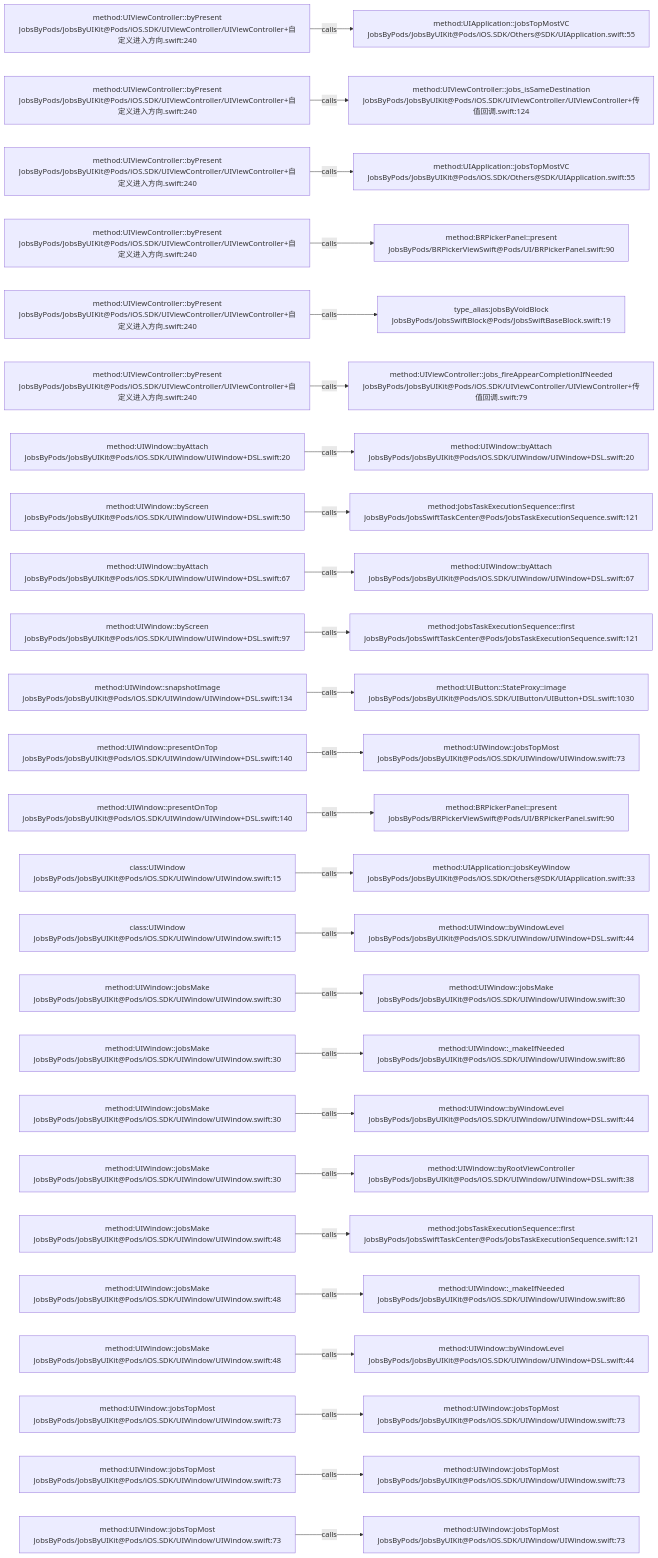
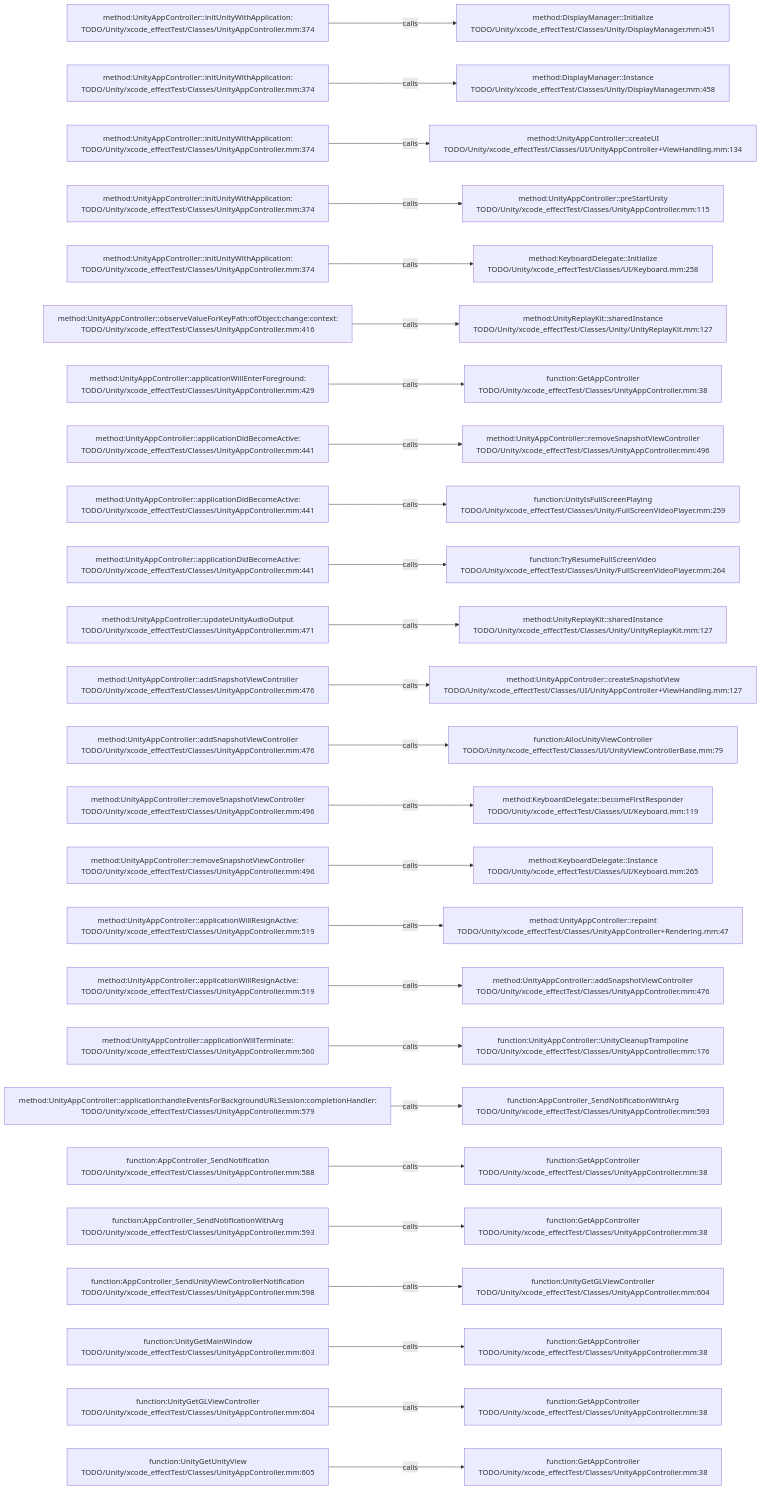
The diagram in .codegraph/codegraph.md/graphs/calls-116.md (JobsKits/JobsSwiftBaseConfigDemo), drawn with Mermaid before and after one commit. The commit also changed 569 other files, not shown here.

````diff
--- a/.codegraph/codegraph.md/graphs/calls-116.md
+++ b/.codegraph/codegraph.md/graphs/calls-116.md
@@ -13,78 +13,78 @@
 ```mermaid
 flowchart LR
-  S1["method:UIViewController::byPresent<br/>JobsByPods/JobsByUIKit@Pods/iOS.SDK/UIViewController/UIViewController+自定义进入方向.swift:240"]
-  T1["method:UIApplication::jobsTopMostVC<br/>JobsByPods/JobsByUIKit@Pods/iOS.SDK/Others@SDK/UIApplication.swift:55"]
+  S1["method:UnityAppController::initUnityWithApplication:<br/>TODO/Unity/xcode_effectTest/Classes/UnityAppController.mm:374"]
+  T1["method:DisplayManager::Initialize<br/>TODO/Unity/xcode_effectTest/Classes/Unity/DisplayManager.mm:451"]
   S1 -->|calls| T1
-  S2["method:UIViewController::byPresent<br/>JobsByPods/JobsByUIKit@Pods/iOS.SDK/UIViewController/UIViewController+自定义进入方向.swift:240"]
-  T2["method:UIViewController::jobs_isSameDestination<br/>JobsByPods/JobsByUIKit@Pods/iOS.SDK/UIViewController/UIViewController+传值回调.swift:124"]
+  S2["method:UnityAppController::initUnityWithApplication:<br/>TODO/Unity/xcode_effectTest/Classes/UnityAppController.mm:374"]
+  T2["method:DisplayManager::Instance<br/>TODO/Unity/xcode_effectTest/Classes/Unity/DisplayManager.mm:458"]
   S2 -->|calls| T2
-  S3["method:UIViewController::byPresent<br/>JobsByPods/JobsByUIKit@Pods/iOS.SDK/UIViewController/UIViewController+自定义进入方向.swift:240"]
-  T3["method:UIApplication::jobsTopMostVC<br/>JobsByPods/JobsByUIKit@Pods/iOS.SDK/Others@SDK/UIApplication.swift:55"]
+  S3["method:UnityAppController::initUnityWithApplication:<br/>TODO/Unity/xcode_effectTest/Classes/UnityAppController.mm:374"]
+  T3["method:UnityAppController::createUI<br/>TODO/Unity/xcode_effectTest/Classes/UI/UnityAppController+ViewHandling.mm:134"]
   S3 -->|calls| T3
-  S4["method:UIViewController::byPresent<br/>JobsByPods/JobsByUIKit@Pods/iOS.SDK/UIViewController/UIViewController+自定义进入方向.swift:240"]
-  T4["method:BRPickerPanel::present<br/>JobsByPods/BRPickerViewSwift@Pods/UI/BRPickerPanel.swift:90"]
+  S4["method:UnityAppController::initUnityWithApplication:<br/>TODO/Unity/xcode_effectTest/Classes/UnityAppController.mm:374"]
+  T4["method:UnityAppController::preStartUnity<br/>TODO/Unity/xcode_effectTest/Classes/UnityAppController.mm:115"]
   S4 -->|calls| T4
-  S5["method:UIViewController::byPresent<br/>JobsByPods/JobsByUIKit@Pods/iOS.SDK/UIViewController/UIViewController+自定义进入方向.swift:240"]
-  T5["type_alias:jobsByVoidBlock<br/>JobsByPods/JobsSwiftBlock@Pods/JobsSwiftBaseBlock.swift:19"]
+  S5["method:UnityAppController::initUnityWithApplication:<br/>TODO/Unity/xcode_effectTest/Classes/UnityAppController.mm:374"]
+  T5["method:KeyboardDelegate::Initialize<br/>TODO/Unity/xcode_effectTest/Classes/UI/Keyboard.mm:258"]
   S5 -->|calls| T5
-  S6["method:UIViewController::byPresent<br/>JobsByPods/JobsByUIKit@Pods/iOS.SDK/UIViewController/UIViewController+自定义进入方向.swift:240"]
-  T6["method:UIViewController::jobs_fireAppearCompletionIfNeeded<br/>JobsByPods/JobsByUIKit@Pods/iOS.SDK/UIViewController/UIViewController+传值回调.swift:79"]
+  S6["method:UnityAppController::observeValueForKeyPath:ofObject:change:context:<br/>TODO/Unity/xcode_effectTest/Classes/UnityAppController.mm:416"]
+  T6["method:UnityReplayKit::sharedInstance<br/>TODO/Unity/xcode_effectTest/Classes/Unity/UnityReplayKit.mm:127"]
   S6 -->|calls| T6
-  S7["method:UIWindow::byAttach<br/>JobsByPods/JobsByUIKit@Pods/iOS.SDK/UIWindow/UIWindow+DSL.swift:20"]
-  T7["method:UIWindow::byAttach<br/>JobsByPods/JobsByUIKit@Pods/iOS.SDK/UIWindow/UIWindow+DSL.swift:20"]
+  S7["method:UnityAppController::applicationWillEnterForeground:<br/>TODO/Unity/xcode_effectTest/Classes/UnityAppController.mm:429"]
+  T7["function:GetAppController<br/>TODO/Unity/xcode_effectTest/Classes/UnityAppController.mm:38"]
   S7 -->|calls| T7
-  S8["method:UIWindow::byScreen<br/>JobsByPods/JobsByUIKit@Pods/iOS.SDK/UIWindow/UIWindow+DSL.swift:50"]
-  T8["method:JobsTaskExecutionSequence::first<br/>JobsByPods/JobsSwiftTaskCenter@Pods/JobsTaskExecutionSequence.swift:121"]
+  S8["method:UnityAppController::applicationDidBecomeActive:<br/>TODO/Unity/xcode_effectTest/Classes/UnityAppController.mm:441"]
+  T8["method:UnityAppController::removeSnapshotViewController<br/>TODO/Unity/xcode_effectTest/Classes/UnityAppController.mm:496"]
   S8 -->|calls| T8
-  S9["method:UIWindow::byAttach<br/>JobsByPods/JobsByUIKit@Pods/iOS.SDK/UIWindow/UIWindow+DSL.swift:67"]
-  T9["method:UIWindow::byAttach<br/>JobsByPods/JobsByUIKit@Pods/iOS.SDK/UIWindow/UIWindow+DSL.swift:67"]
+  S9["method:UnityAppController::applicationDidBecomeActive:<br/>TODO/Unity/xcode_effectTest/Classes/UnityAppController.mm:441"]
+  T9["function:UnityIsFullScreenPlaying<br/>TODO/Unity/xcode_effectTest/Classes/Unity/FullScreenVideoPlayer.mm:259"]
   S9 -->|calls| T9
-  S10["method:UIWindow::byScreen<br/>JobsByPods/JobsByUIKit@Pods/iOS.SDK/UIWindow/UIWindow+DSL.swift:97"]
-  T10["method:JobsTaskExecutionSequence::first<br/>JobsByPods/JobsSwiftTaskCenter@Pods/JobsTaskExecutionSequence.swift:121"]
+  S10["method:UnityAppController::applicationDidBecomeActive:<br/>TODO/Unity/xcode_effectTest/Classes/UnityAppController.mm:441"]
+  T10["function:TryResumeFullScreenVideo<br/>TODO/Unity/xcode_effectTest/Classes/Unity/FullScreenVideoPlayer.mm:264"]
   S10 -->|calls| T10
-  S11["method:UIWindow::snapshotImage<br/>JobsByPods/JobsByUIKit@Pods/iOS.SDK/UIWindow/UIWindow+DSL.swift:134"]
-  T11["method:UIButton::StateProxy::image<br/>JobsByPods/JobsByUIKit@Pods/iOS.SDK/UIButton/UIButton+DSL.swift:1030"]
+  S11["method:UnityAppController::updateUnityAudioOutput<br/>TODO/Unity/xcode_effectTest/Classes/UnityAppController.mm:471"]
+  T11["method:UnityReplayKit::sharedInstance<br/>TODO/Unity/xcode_effectTest/Classes/Unity/UnityReplayKit.mm:127"]
   S11 -->|calls| T11
-  S12["method:UIWindow::presentOnTop<br/>JobsByPods/JobsByUIKit@Pods/iOS.SDK/UIWindow/UIWindow+DSL.swift:140"]
-  T12["method:UIWindow::jobsTopMost<br/>JobsByPods/JobsByUIKit@Pods/iOS.SDK/UIWindow/UIWindow.swift:73"]
+  S12["method:UnityAppController::addSnapshotViewController<br/>TODO/Unity/xcode_effectTest/Classes/UnityAppController.mm:476"]
+  T12["method:UnityAppController::createSnapshotView<br/>TODO/Unity/xcode_effectTest/Classes/UI/UnityAppController+ViewHandling.mm:127"]
   S12 -->|calls| T12
-  S13["method:UIWindow::presentOnTop<br/>JobsByPods/JobsByUIKit@Pods/iOS.SDK/UIWindow/UIWindow+DSL.swift:140"]
-  T13["method:BRPickerPanel::present<br/>JobsByPods/BRPickerViewSwift@Pods/UI/BRPickerPanel.swift:90"]
+  S13["method:UnityAppController::addSnapshotViewController<br/>TODO/Unity/xcode_effectTest/Classes/UnityAppController.mm:476"]
+  T13["function:AllocUnityViewController<br/>TODO/Unity/xcode_effectTest/Classes/UI/UnityViewControllerBase.mm:79"]
   S13 -->|calls| T13
-  S14["class:UIWindow<br/>JobsByPods/JobsByUIKit@Pods/iOS.SDK/UIWindow/UIWindow.swift:15"]
-  T14["method:UIApplication::jobsKeyWindow<br/>JobsByPods/JobsByUIKit@Pods/iOS.SDK/Others@SDK/UIApplication.swift:33"]
+  S14["method:UnityAppController::removeSnapshotViewController<br/>TODO/Unity/xcode_effectTest/Classes/UnityAppController.mm:496"]
+  T14["method:KeyboardDelegate::becomeFirstResponder<br/>TODO/Unity/xcode_effectTest/Classes/UI/Keyboard.mm:119"]
   S14 -->|calls| T14
-  S15["class:UIWindow<br/>JobsByPods/JobsByUIKit@Pods/iOS.SDK/UIWindow/UIWindow.swift:15"]
-  T15["method:UIWindow::byWindowLevel<br/>JobsByPods/JobsByUIKit@Pods/iOS.SDK/UIWindow/UIWindow+DSL.swift:44"]
+  S15["method:UnityAppController::removeSnapshotViewController<br/>TODO/Unity/xcode_effectTest/Classes/UnityAppController.mm:496"]
+  T15["method:KeyboardDelegate::Instance<br/>TODO/Unity/xcode_effectTest/Classes/UI/Keyboard.mm:265"]
   S15 -->|calls| T15
-  S16["method:UIWindow::jobsMake<br/>JobsByPods/JobsByUIKit@Pods/iOS.SDK/UIWindow/UIWindow.swift:30"]
-  T16["method:UIWindow::jobsMake<br/>JobsByPods/JobsByUIKit@Pods/iOS.SDK/UIWindow/UIWindow.swift:30"]
+  S16["method:UnityAppController::applicationWillResignActive:<br/>TODO/Unity/xcode_effectTest/Classes/UnityAppController.mm:519"]
+  T16["method:UnityAppController::repaint<br/>TODO/Unity/xcode_effectTest/Classes/UnityAppController+Rendering.mm:47"]
   S16 -->|calls| T16
-  S17["method:UIWindow::jobsMake<br/>JobsByPods/JobsByUIKit@Pods/iOS.SDK/UIWindow/UIWindow.swift:30"]
-  T17["method:UIWindow::_makeIfNeeded<br/>JobsByPods/JobsByUIKit@Pods/iOS.SDK/UIWindow/UIWindow.swift:86"]
+  S17["method:UnityAppController::applicationWillResignActive:<br/>TODO/Unity/xcode_effectTest/Classes/UnityAppController.mm:519"]
+  T17["method:UnityAppController::addSnapshotViewController<br/>TODO/Unity/xcode_effectTest/Classes/UnityAppController.mm:476"]
   S17 -->|calls| T17
-  S18["method:UIWindow::jobsMake<br/>JobsByPods/JobsByUIKit@Pods/iOS.SDK/UIWindow/UIWindow.swift:30"]
-  T18["method:UIWindow::byWindowLevel<br/>JobsByPods/JobsByUIKit@Pods/iOS.SDK/UIWindow/UIWindow+DSL.swift:44"]
+  S18["method:UnityAppController::applicationWillTerminate:<br/>TODO/Unity/xcode_effectTest/Classes/UnityAppController.mm:560"]
+  T18["function:UnityAppController::UnityCleanupTrampoline<br/>TODO/Unity/xcode_effectTest/Classes/UnityAppController.mm:176"]
   S18 -->|calls| T18
-  S19["method:UIWindow::jobsMake<br/>JobsByPods/JobsByUIKit@Pods/iOS.SDK/UIWindow/UIWindow.swift:30"]
-  T19["method:UIWindow::byRootViewController<br/>JobsByPods/JobsByUIKit@Pods/iOS.SDK/UIWindow/UIWindow+DSL.swift:38"]
+  S19["method:UnityAppController::application:handleEventsForBackgroundURLSession:completionHandler:<br/>TODO/Unity/xcode_effectTest/Classes/UnityAppController.mm:579"]
+  T19["function:AppController_SendNotificationWithArg<br/>TODO/Unity/xcode_effectTest/Classes/UnityAppController.mm:593"]
   S19 -->|calls| T19
-  S20["method:UIWindow::jobsMake<br/>JobsByPods/JobsByUIKit@Pods/iOS.SDK/UIWindow/UIWindow.swift:48"]
-  T20["method:JobsTaskExecutionSequence::first<br/>JobsByPods/JobsSwiftTaskCenter@Pods/JobsTaskExecutionSequence.swift:121"]
+  S20["function:AppController_SendNotification<br/>TODO/Unity/xcode_effectTest/Classes/UnityAppController.mm:588"]
+  T20["function:GetAppController<br/>TODO/Unity/xcode_effectTest/Classes/UnityAppController.mm:38"]
   S20 -->|calls| T20
-  S21["method:UIWindow::jobsMake<br/>JobsByPods/JobsByUIKit@Pods/iOS.SDK/UIWindow/UIWindow.swift:48"]
-  T21["method:UIWindow::_makeIfNeeded<br/>JobsByPods/JobsByUIKit@Pods/iOS.SDK/UIWindow/UIWindow.swift:86"]
+  S21["function:AppController_SendNotificationWithArg<br/>TODO/Unity/xcode_effectTest/Classes/UnityAppController.mm:593"]
+  T21["function:GetAppController<br/>TODO/Unity/xcode_effectTest/Classes/UnityAppController.mm:38"]
   S21 -->|calls| T21
-  S22["method:UIWindow::jobsMake<br/>JobsByPods/JobsByUIKit@Pods/iOS.SDK/UIWindow/UIWindow.swift:48"]
-  T22["method:UIWindow::byWindowLevel<br/>JobsByPods/JobsByUIKit@Pods/iOS.SDK/UIWindow/UIWindow+DSL.swift:44"]
+  S22["function:AppController_SendUnityViewControllerNotification<br/>TODO/Unity/xcode_effectTest/Classes/UnityAppController.mm:598"]
+  T22["function:UnityGetGLViewController<br/>TODO/Unity/xcode_effectTest/Classes/UnityAppController.mm:604"]
   S22 -->|calls| T22
-  S23["method:UIWindow::jobsTopMost<br/>JobsByPods/JobsByUIKit@Pods/iOS.SDK/UIWindow/UIWindow.swift:73"]
-  T23["method:UIWindow::jobsTopMost<br/>JobsByPods/JobsByUIKit@Pods/iOS.SDK/UIWindow/UIWindow.swift:73"]
+  S23["function:UnityGetMainWindow<br/>TODO/Unity/xcode_effectTest/Classes/UnityAppController.mm:603"]
+  T23["function:GetAppController<br/>TODO/Unity/xcode_effectTest/Classes/UnityAppController.mm:38"]
   S23 -->|calls| T23
-  S24["method:UIWindow::jobsTopMost<br/>JobsByPods/JobsByUIKit@Pods/iOS.SDK/UIWindow/UIWindow.swift:73"]
-  T24["method:UIWindow::jobsTopMost<br/>JobsByPods/JobsByUIKit@Pods/iOS.SDK/UIWindow/UIWindow.swift:73"]
+  S24["function:UnityGetGLViewController<br/>TODO/Unity/xcode_effectTest/Classes/UnityAppController.mm:604"]
+  T24["function:GetAppController<br/>TODO/Unity/xcode_effectTest/Classes/UnityAppController.mm:38"]
   S24 -->|calls| T24
-  S25["method:UIWindow::jobsTopMost<br/>JobsByPods/JobsByUIKit@Pods/iOS.SDK/UIWindow/UIWindow.swift:73"]
-  T25["method:UIWindow::jobsTopMost<br/>JobsByPods/JobsByUIKit@Pods/iOS.SDK/UIWindow/UIWindow.swift:73"]
+  S25["function:UnityGetUnityView<br/>TODO/Unity/xcode_effectTest/Classes/UnityAppController.mm:605"]
+  T25["function:GetAppController<br/>TODO/Unity/xcode_effectTest/Classes/UnityAppController.mm:38"]
   S25 -->|calls| T25
 ```
````
